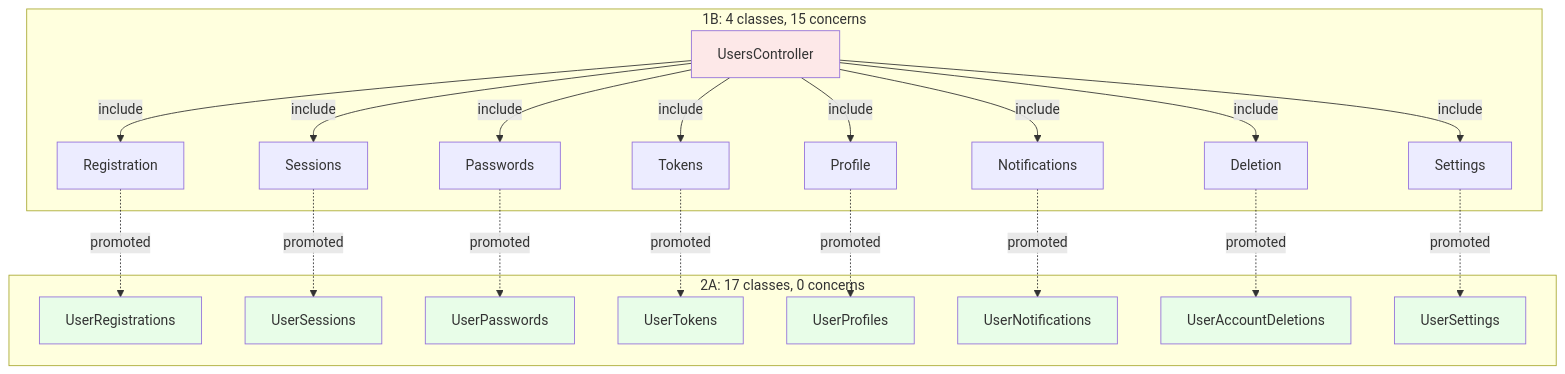
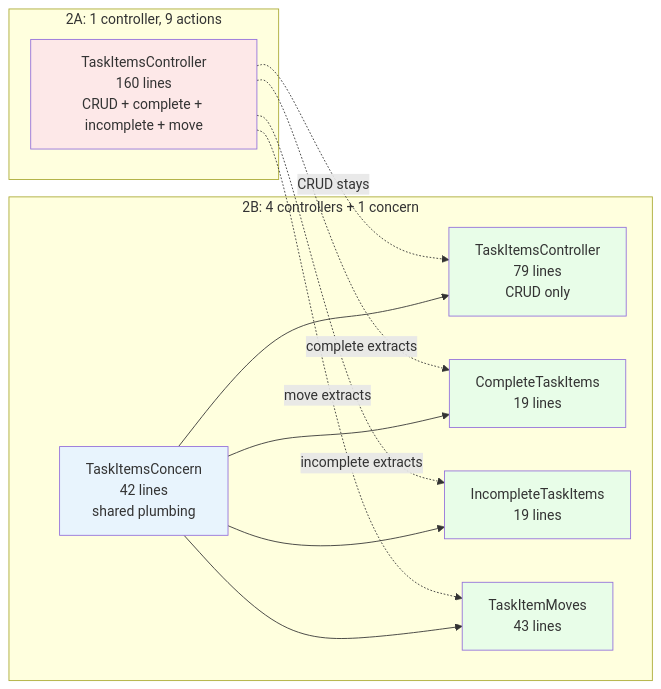
Before and after one commit to railswhey/app: the first of 2 diagrams in README.md, drawn with Mermaid. The commit also changed other lines of this file and 33 other files, not shown here.

Commit message:
2B: Restricting controllers to REST-only actions

````diff
--- a/README.md
+++ b/README.md
@@ -52,44 +103,31 @@
 ```mermaid
-flowchart TD
-  subgraph Before["1B: 4 classes, 15 concerns"]
-    UC[UsersController]
-    UC --> |include| C1[Registration]
-    UC --> |include| C2[Sessions]
-    UC --> |include| C3[Passwords]
-    UC --> |include| C4[Tokens]
-    UC --> |include| C5[Profile]
-    UC --> |include| C6[Notifications]
-    UC --> |include| C7[Deletion]
-    UC --> |include| C8[Settings]
+flowchart LR
+  subgraph Before["2A: 1 controller, 9 actions"]
+    TI2A[TaskItemsController<br/>160 lines<br/>CRUD + complete + incomplete + move]
   end
 
-  subgraph After["2A: 17 classes, 0 concerns"]
-    R[UserRegistrations]
-    S[UserSessions]
-    P[UserPasswords]
-    T[UserTokens]
-    PR[UserProfiles]
-    N[UserNotifications]
-    D[UserAccountDeletions]
-    ST[UserSettings]
+  subgraph After["2B: 4 controllers + 1 concern"]
+    TC[TaskItemsConcern<br/>42 lines<br/>shared plumbing]
+    TI2B[TaskItemsController<br/>79 lines<br/>CRUD only]
+    CTI[CompleteTaskItems<br/>19 lines]
+    ITI[IncompleteTaskItems<br/>19 lines]
+    TIM[TaskItemMoves<br/>43 lines]
   end
 
-  C1 -.->|"promoted"| R
-  C2 -.->|"promoted"| S
-  C3 -.->|"promoted"| P
-  C4 -.->|"promoted"| T
-  C5 -.->|"promoted"| PR
-  C6 -.->|"promoted"| N
-  C7 -.->|"promoted"| D
-  C8 -.->|"promoted"| ST
+  TI2A -.->|"CRUD stays"| TI2B
+  TI2A -.->|"complete extracts"| CTI
+  TI2A -.->|"incomplete extracts"| ITI
+  TI2A -.->|"move extracts"| TIM
 
-  style UC fill:#fde8e8
-  style R fill:#e8fde8
-  style S fill:#e8fde8
-  style P fill:#e8fde8
-  style T fill:#e8fde8
-  style PR fill:#e8fde8
-  style N fill:#e8fde8
-  style D fill:#e8fde8
-  style ST fill:#e8fde8
+  TC --> TI2B
+  TC --> CTI
+  TC --> ITI
+  TC --> TIM
+
+  style TI2A fill:#fde8e8
+  style TC fill:#e8f4fd
+  style TI2B fill:#e8fde8
+  style CTI fill:#e8fde8
+  style ITI fill:#e8fde8
+  style TIM fill:#e8fde8
 ```
````
